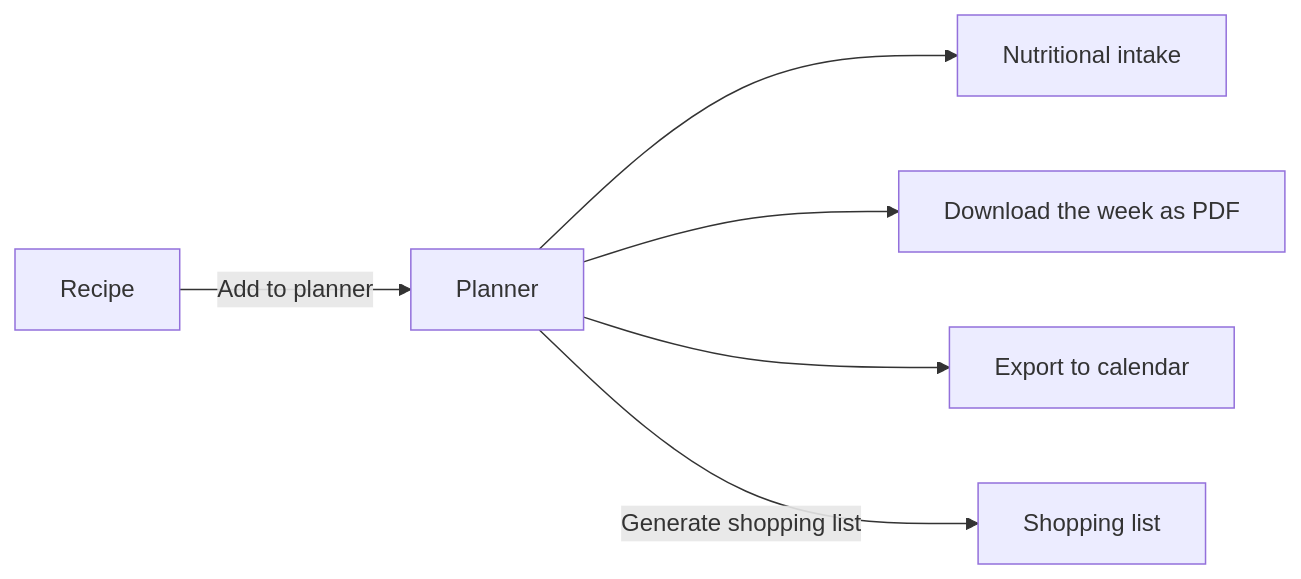
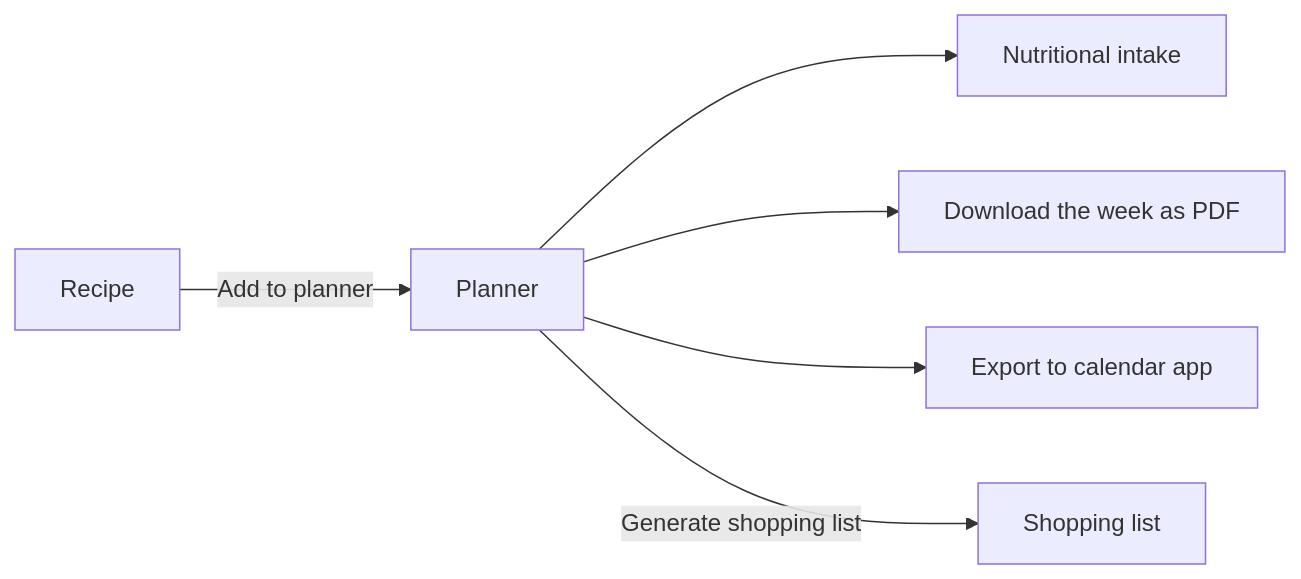
The diagram in docs/user-guide/planning.md (jacquesfize/cocotteapp), drawn with Mermaid before and after one commit. The commit also changed other lines of this file and 17 other files, not shown here.

````diff
--- a/docs/user-guide/planning.md
+++ b/docs/user-guide/planning.md
@@ -9,8 +9,8 @@
 ```mermaid
 flowchart LR
     R[Recipe] -->|Add to planner| P[Planner]
     P --> N[Nutritional intake]
     P --> PDF[Download the week as PDF]
-    P --> C[Export to calendar]
+    P --> C[Export to calendar app]
     P -->|Generate shopping list| S[Shopping list]
 ```
````
